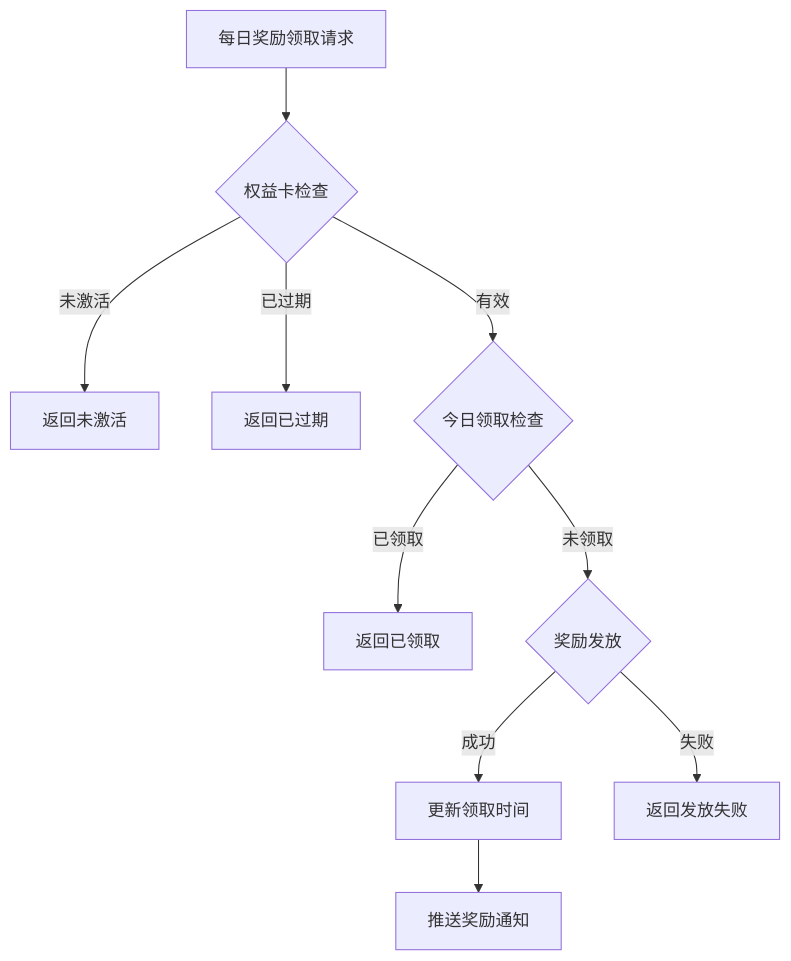
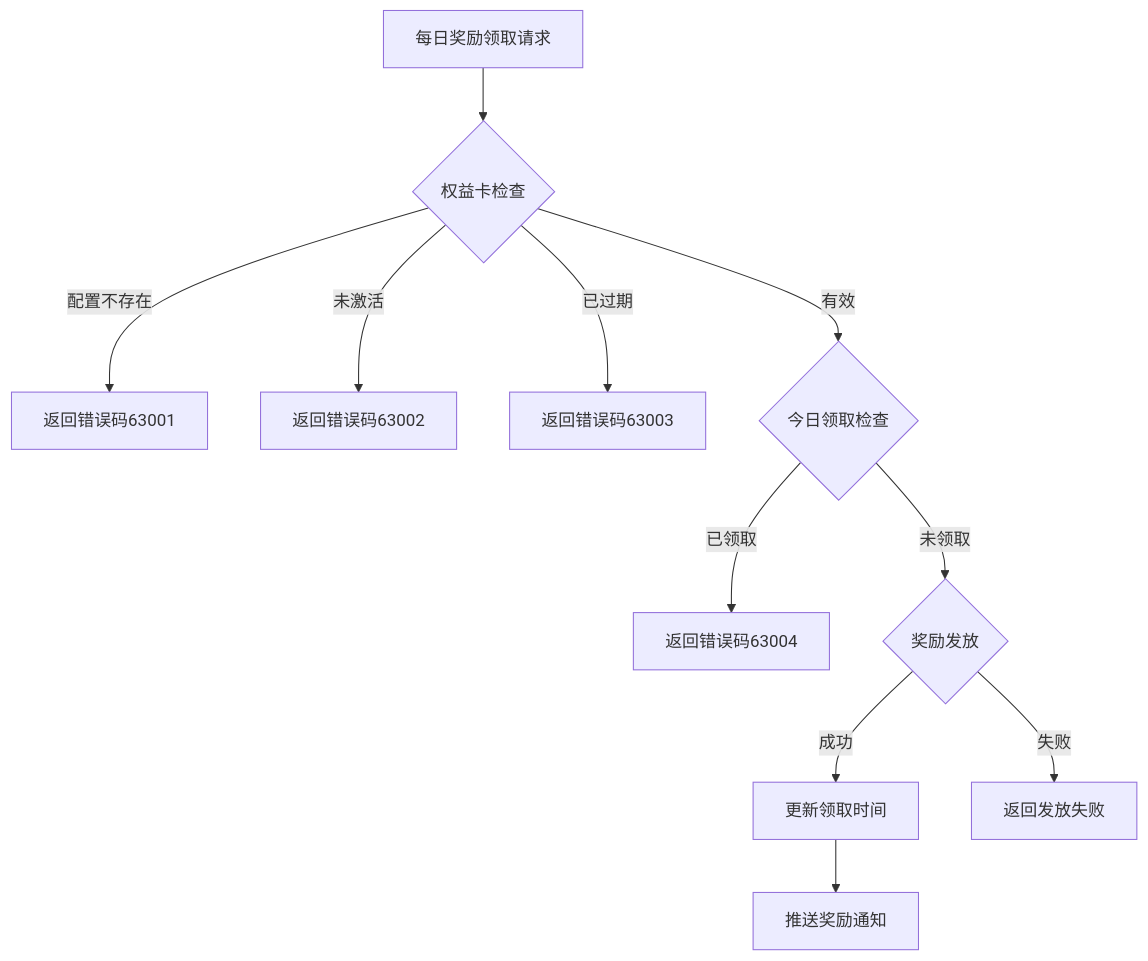
One commit to Alan-Ben/k2c_game_framework changed the fourth of 4 diagrams in docs/Module_PrivilegeCard/06_实现细节.md. Above: the diagram before and after it, drawn with Mermaid. The commit also changed other lines of this file and 5 other files, not shown here.

````diff
--- a/docs/Module_PrivilegeCard/06_实现细节.md
+++ b/docs/Module_PrivilegeCard/06_实现细节.md
@@ -175,12 +263,13 @@
 ```mermaid
 flowchart TD
     A[每日奖励领取请求] --> B{权益卡检查}
-    B -->|未激活| C[返回未激活]
-    B -->|已过期| D[返回已过期]
-    B -->|有效| E{今日领取检查}
-    E -->|已领取| F[返回已领取]
-    E -->|未领取| G{奖励发放}
-    G -->|成功| H[更新领取时间]
-    G -->|失败| I[返回发放失败]
-    H --> J[推送奖励通知]
+    B -->|配置不存在| C[返回错误码63001]
+    B -->|未激活| D[返回错误码63002]
+    B -->|已过期| E[返回错误码63003]
+    B -->|有效| F{今日领取检查}
+    F -->|已领取| G[返回错误码63004]
+    F -->|未领取| H{奖励发放}
+    H -->|成功| I[更新领取时间]
+    H -->|失败| J[返回发放失败]
+    I --> K[推送奖励通知]
 ```
````
